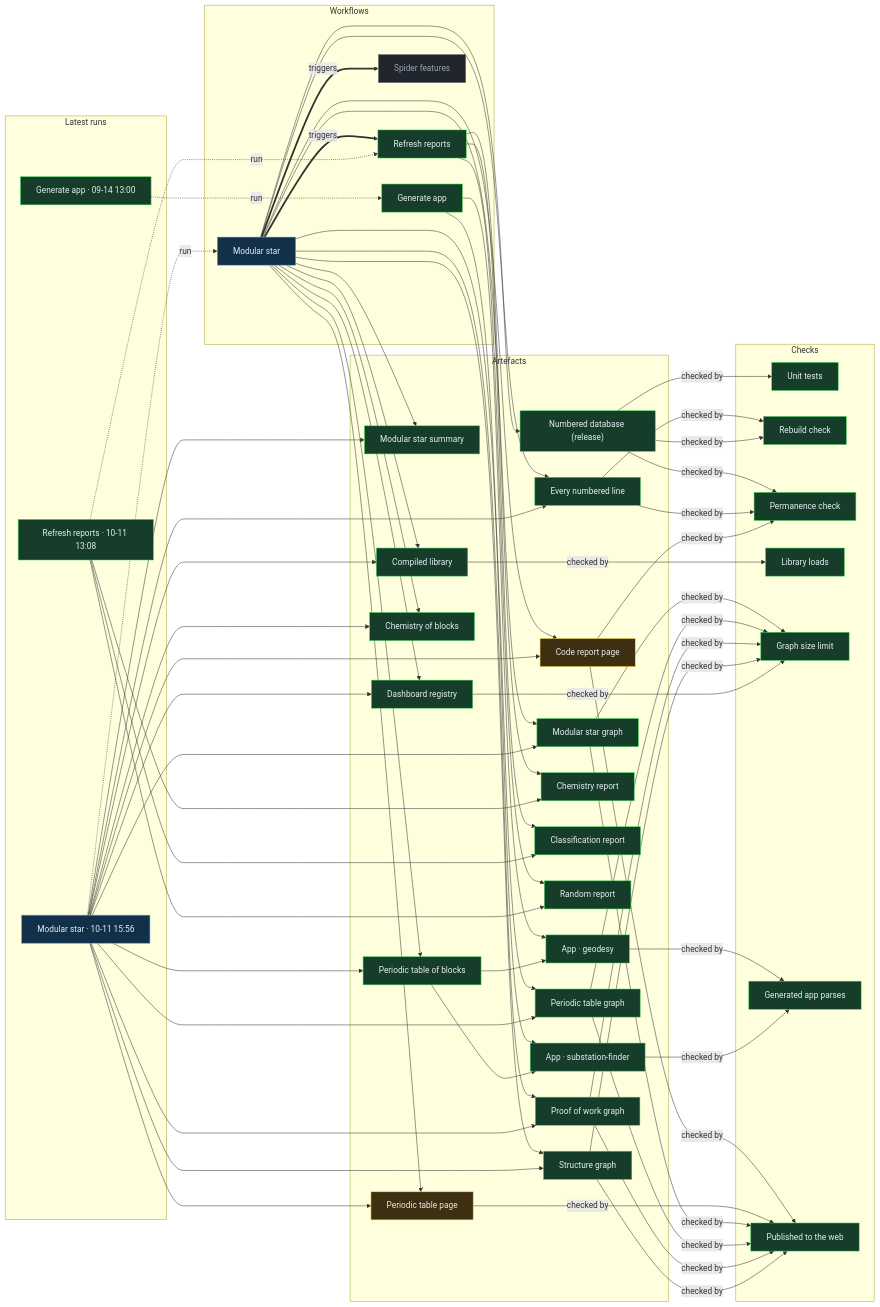
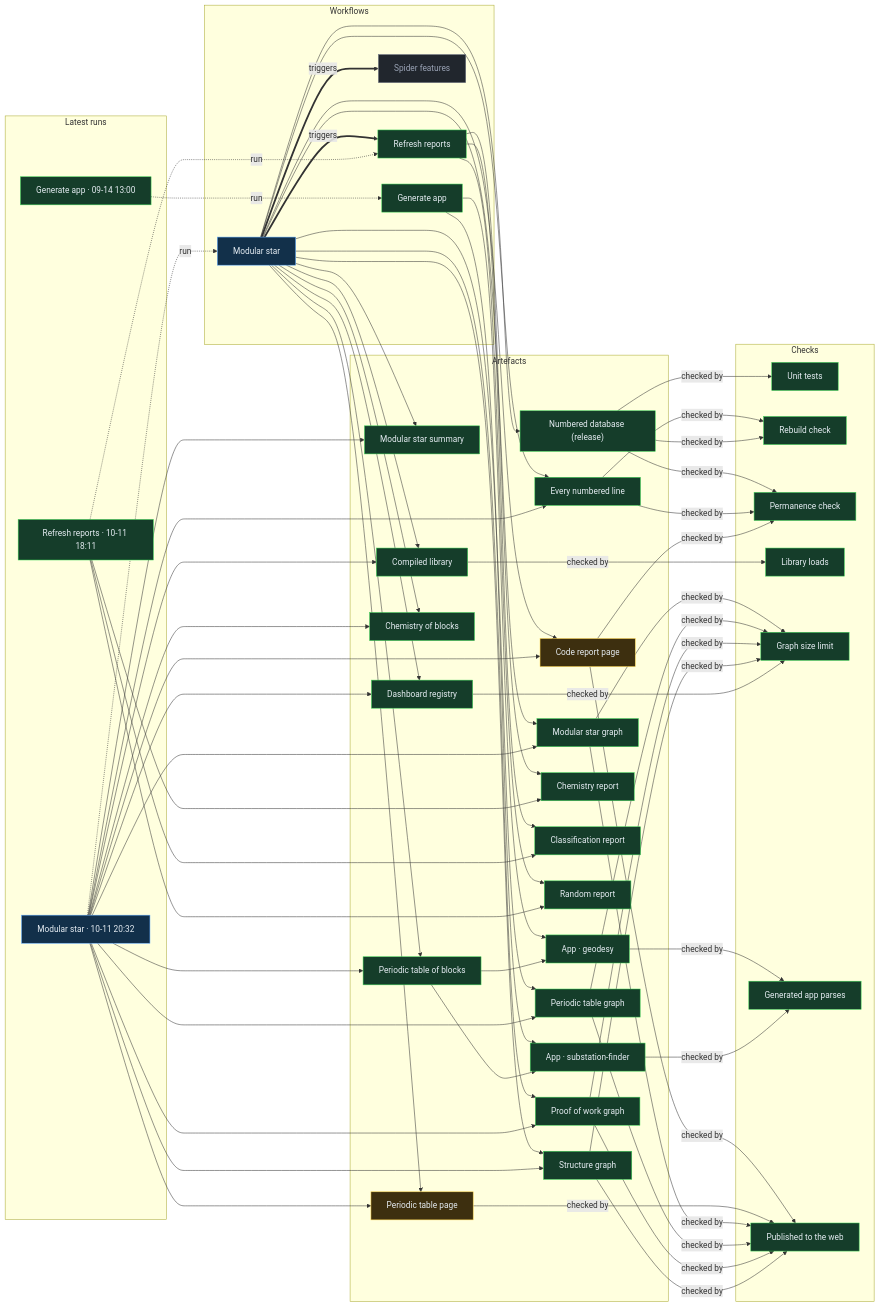
The diagram in proof/PROOF.md (Ventusltd/stars), drawn with Mermaid before and after one commit. The commit also changed other lines of this file and 34 other files, not shown here.

Commit message:
Modular star 2026-10-11T20:35Z

```diff
--- a/proof/PROOF.md
+++ b/proof/PROOF.md
@@ -24,8 +24,8 @@
   n_wf_spider_features["Spider features"]:::off
   end
   subgraph g_runs["Latest runs"]
-  n_run_38153376399["Modular star · 10-11 15:56"]:::live
-  n_run_38142010740["Refresh reports · 10-11 13:08"]:::ok
+  n_run_38172643783["Modular star · 10-11 20:32"]:::live
+  n_run_38162778173["Refresh reports · 10-11 18:11"]:::ok
   n_run_34846587798["Generate app · 09-14 13:00"]:::ok
   end
   subgraph g_artefacts["Artefacts"]
@@ -59,39 +59,39 @@
   end
   n_wf_modular_star == triggers ==> n_wf_refresh
   n_wf_modular_star == triggers ==> n_wf_spider_features
-  n_run_38153376399 -. run .-> n_wf_modular_star
-  n_run_38142010740 -. run .-> n_wf_refresh
+  n_run_38172643783 -. run .-> n_wf_modular_star
+  n_run_38162778173 -. run .-> n_wf_refresh
   n_run_34846587798 -. run .-> n_wf_generate
   n_wf_modular_star --> n_art_summary
-  n_run_38153376399 --> n_art_summary
+  n_run_38172643783 --> n_art_summary
   n_wf_modular_star --> n_art_lines
-  n_run_38153376399 --> n_art_lines
+  n_run_38172643783 --> n_art_lines
   n_wf_modular_star --> n_art_code
-  n_run_38153376399 --> n_art_code
+  n_run_38172643783 --> n_art_code
   n_wf_modular_star --> n_art_modular_graph
-  n_run_38153376399 --> n_art_modular_graph
+  n_run_38172643783 --> n_art_modular_graph
   n_wf_modular_star --> n_art_blocks
-  n_run_38153376399 --> n_art_blocks
+  n_run_38172643783 --> n_art_blocks
   n_wf_modular_star --> n_art_table
-  n_run_38153376399 --> n_art_table
+  n_run_38172643783 --> n_art_table
   n_wf_modular_star --> n_art_blocks_graph
-  n_run_38153376399 --> n_art_blocks_graph
+  n_run_38172643783 --> n_art_blocks_graph
   n_wf_modular_star --> n_art_reactions
-  n_run_38153376399 --> n_art_reactions
+  n_run_38172643783 --> n_art_reactions
   n_wf_modular_star --> n_art_library
-  n_run_38153376399 --> n_art_library
+  n_run_38172643783 --> n_art_library
   n_wf_modular_star --> n_art_features
-  n_run_38153376399 --> n_art_features
+  n_run_38172643783 --> n_art_features
   n_wf_modular_star --> n_art_proof
-  n_run_38153376399 --> n_art_proof
+  n_run_38172643783 --> n_art_proof
   n_wf_modular_star --> n_art_structure
-  n_run_38153376399 --> n_art_structure
+  n_run_38172643783 --> n_art_structure
   n_wf_refresh --> n_art_chemistry
-  n_run_38142010740 --> n_art_chemistry
+  n_run_38162778173 --> n_art_chemistry
   n_wf_refresh --> n_art_vedic
-  n_run_38142010740 --> n_art_vedic
+  n_run_38162778173 --> n_art_vedic
   n_wf_refresh --> n_art_random
-  n_run_38142010740 --> n_art_random
+  n_run_38162778173 --> n_art_random
   n_wf_modular_star --> n_art_release
   n_wf_generate --> n_app_geodesy
   n_art_blocks --> n_app_geodesy
```
